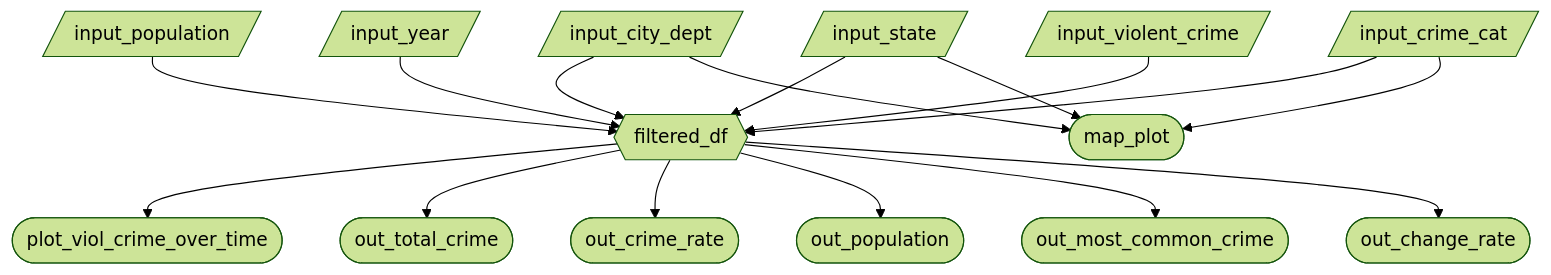
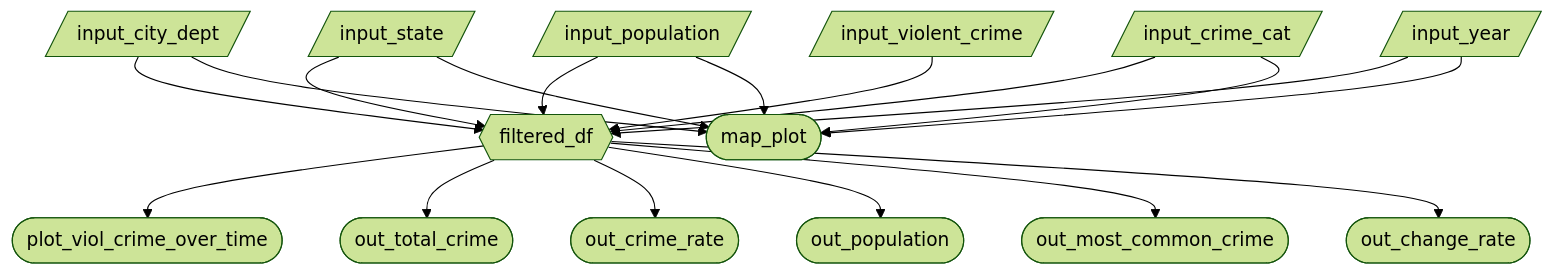
One commit to UBC-MDS/DSCI-532_2025_13_tbd changed the diagram in reports/m2_spec.md. Above: the diagram before and after it, drawn with Mermaid (forest theme). The commit also changed 1 other file, not shown here.

Commit message:
stashing myt work

````diff
--- a/reports/m2_spec.md
+++ b/reports/m2_spec.md
@@ -36,19 +36,21 @@
 ```mermaid
 flowchart TD
   A[/input_city_dept/] --> F{{filtered_df}}
   B[/input_population/] --> F
   S[/input_state/] --> F
   C[/input_year/] --> F
   Crime[/input_crime_cat/] --> F
   V[/input_violent_crime/] --> F
   F --> P1([plot_viol_crime_over_time])
  S --> P2([map_plot])
  A --> P2
  Crime --> P2
+ B --> P2
+ C --> P2
 
   F --> V1([out_total_crime])
   F --> V2([out_crime_rate])
   F --> V3([out_population])
   F --> V4([out_most_common_crime])
   F --> V5([out_change_rate])
   ```
````
